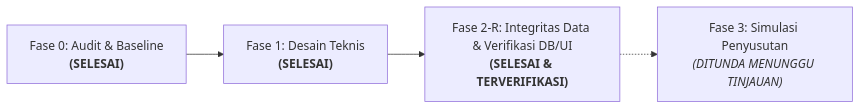
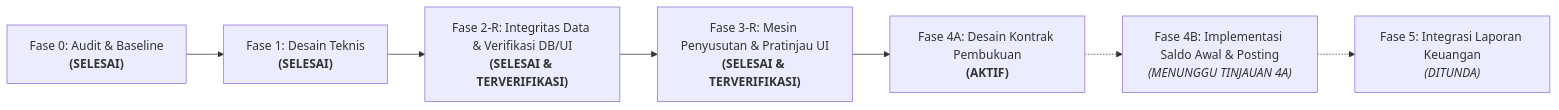
Before and after one commit to rhesal/simkos-v2: the second of 3 diagrams in docs/aset-inventaris-technical-design.md, drawn with Mermaid. The commit also changed other lines of this file, not shown here.

Commit message:
docs(aset): sinkronkan dokumen desain teknis Fase 3-R dan terbitkan kontrak pembukuan Fase 4A

````diff
--- a/docs/aset-inventaris-technical-design.md
+++ b/docs/aset-inventaris-technical-design.md
@@ -553,6 +553,9 @@
 ```mermaid
 flowchart LR
     F0["Fase 0: Audit & Baseline<br><b>(SELESAI)</b>"] --> F1["Fase 1: Desain Teknis<br><b>(SELESAI)</b>"]
     F1 --> F2R["Fase 2-R: Integritas Data & Verifikasi DB/UI<br><b>(SELESAI & TERVERIFIKASI)</b>"]
-    F2R -.-> F3["Fase 3: Simulasi Penyusutan<br><i>(DITUNDA MENUNGGU TINJAUAN)</i>"]
+    F2R --> F3R["Fase 3-R: Mesin Penyusutan & Pratinjau UI<br><b>(SELESAI & TERVERIFIKASI)</b>"]
+    F3R --> F4A["Fase 4A: Desain Kontrak Pembukuan<br><b>(AKTIF)</b>"]
+    F4A -.-> F4B["Fase 4B: Implementasi Saldo Awal & Posting<br><i>(MENUNGGU TINJAUAN 4A)</i>"]
+    F4B -.-> F5["Fase 5: Integrasi Laporan Keuangan<br><i>(DITUNDA)</i>"]
 ```
````
